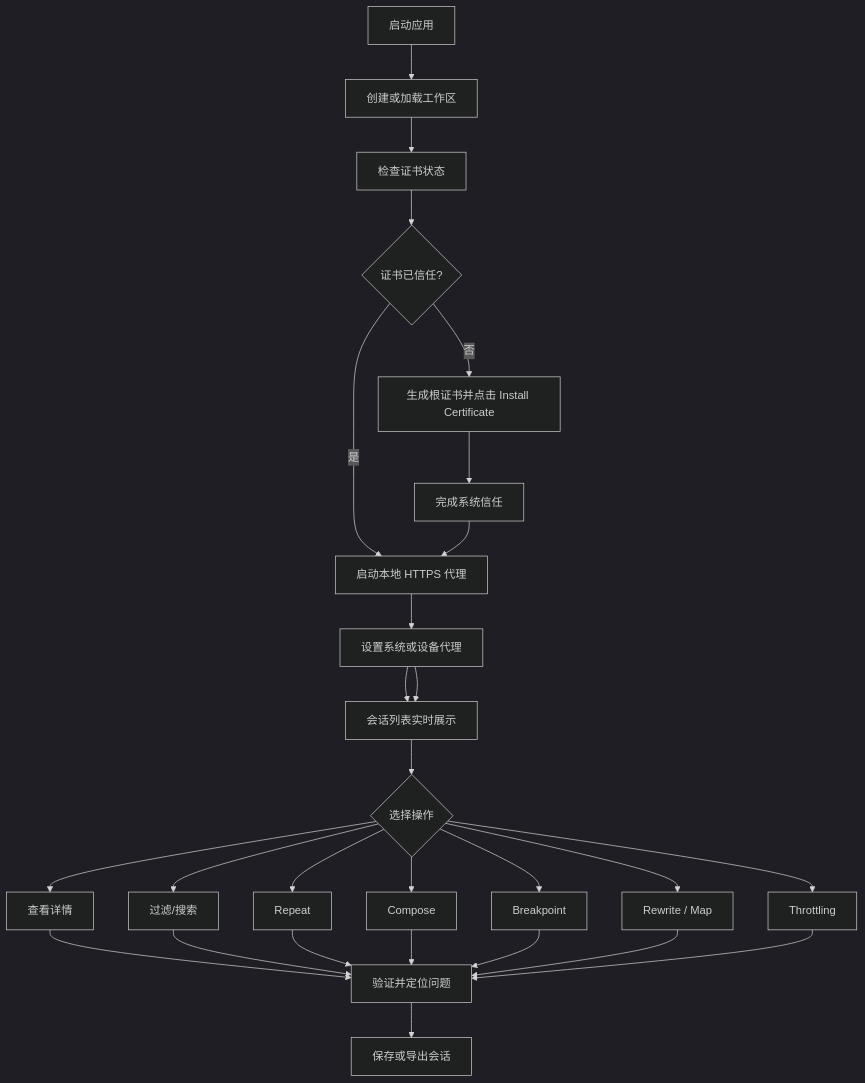
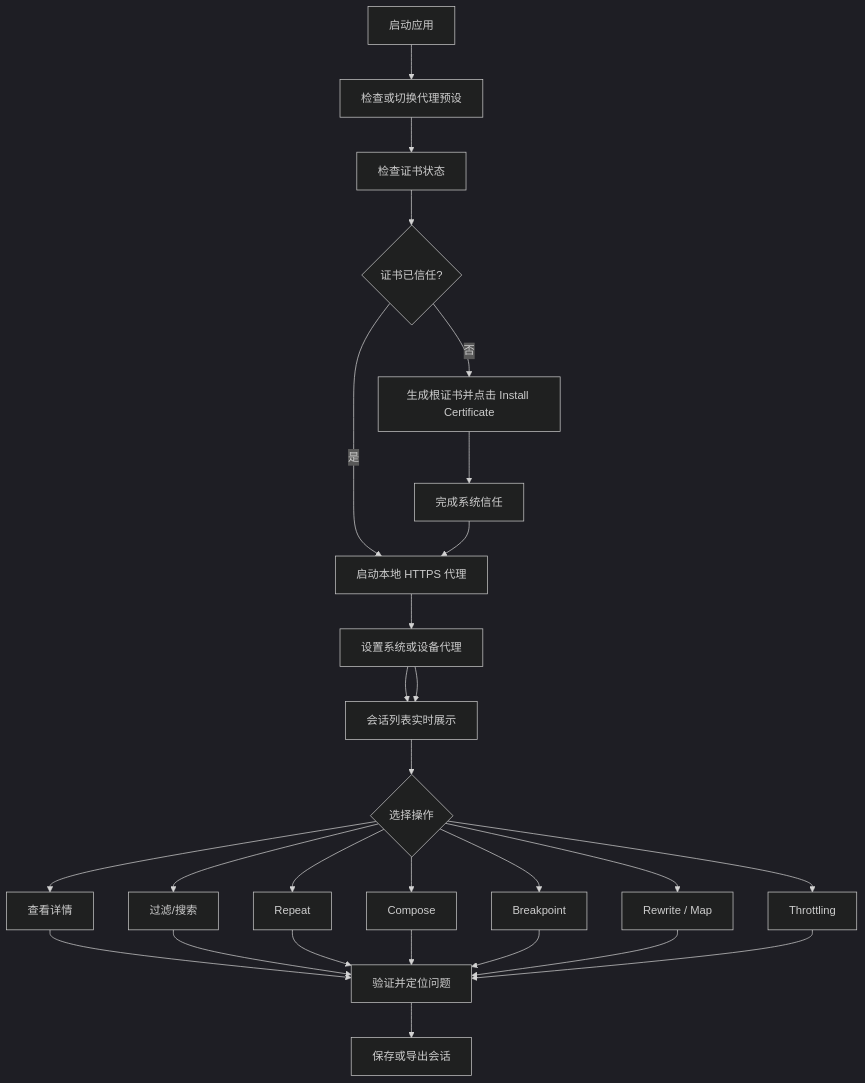
One commit to small-dream/AIProxy changed the first of 2 diagrams in docs/PRD.md. Above: the diagram before and after it, drawn with Mermaid (dark theme). The commit also changed other lines of this file and 19 other files, not shown here.

````diff
--- a/docs/PRD.md
+++ b/docs/PRD.md
@@ -161,29 +161,29 @@
 ```mermaid
 flowchart TD
-    A[启动应用] --> B[创建或加载工作区]
+    A[启动应用] --> B[检查或切换代理预设]
     B --> C[检查证书状态]
     C --> D{证书已信任?}
     D -- 否 --> E[生成根证书并点击 Install Certificate]
     E --> F[完成系统信任]
     D -- 是 --> G[启动本地 HTTPS 代理]
     F --> G
     G --> H[设置系统或设备代理]
     H --> I[开始捕获流量]
     H --> I[会话列表实时展示]
     I --> J{选择操作}
     J --> K[查看详情]
     J --> L[过滤/搜索]
     J --> M[Repeat]
     J --> N[Compose]
     J --> O[Breakpoint]
     J --> P[Rewrite / Map]
     J --> Q[Throttling]
     K --> R[验证并定位问题]
     L --> R
     M --> R
     N --> R
     O --> R
     P --> R
     Q --> R
     R --> S[保存或导出会话]
 ```
````
